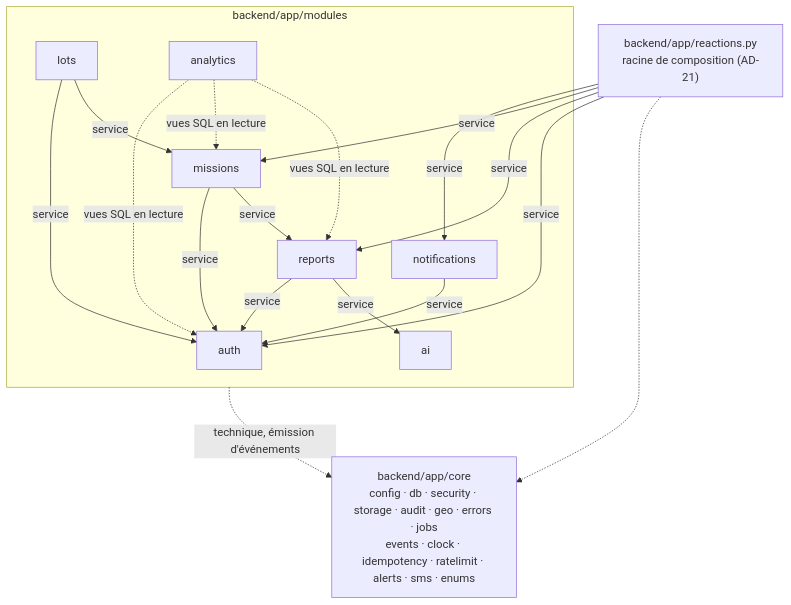
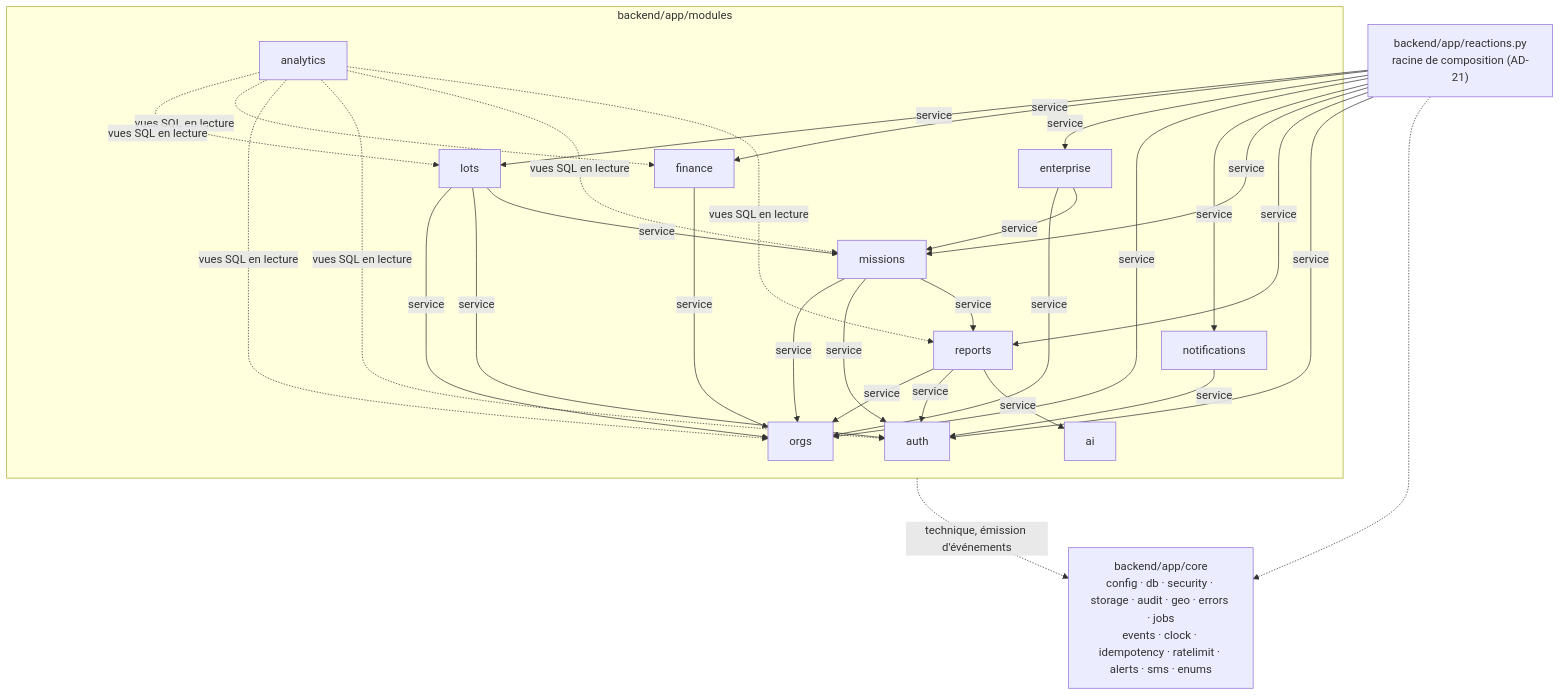
Before and after one commit to Maryam-SY/terangacycle-ai: the first of 5 diagrams in _bmad-output/planning-artifacts/architecture/architecture-TerangaCycleAI-2026-11-23/ARCHITECTURE-SPINE.md, drawn with Mermaid. The commit also changed other lines of this file and 6 other files, not shown here.

````diff
--- a/_bmad-output/planning-artifacts/architecture/architecture-TerangaCycleAI-2026-11-23/ARCHITECTURE-SPINE.md
+++ b/_bmad-output/planning-artifacts/architecture/architecture-TerangaCycleAI-2026-11-23/ARCHITECTURE-SPINE.md
@@ -39,30 +43,46 @@
 ```mermaid
 flowchart TB
   subgraph modules["backend/app/modules"]
     auth
+    orgs
     reports
     missions
+    enterprise
+    finance
     lots
     analytics
     ai
     notifications
   end
   reactions["backend/app/reactions.py<br/>racine de composition (AD-21)"]
   core["backend/app/core<br/>config · db · security · storage · audit · geo · errors · jobs<br/>events · clock · idempotency · ratelimit · alerts · sms · enums"]
   missions -->|service| reports
   missions -->|service| auth
   reports -->|service| ai
   reports -->|service| auth
   lots -->|service| missions
   lots -->|service| auth
   notifications -->|service| auth
+  reports -->|service| orgs
+  missions -->|service| orgs
+  enterprise -->|service| missions
+  enterprise -->|service| orgs
+  finance -->|service| orgs
+  lots -->|service| orgs
   reactions -->|service| auth
   reactions -->|service| reports
   reactions -->|service| missions
   reactions -->|service| notifications
+  reactions -->|service| orgs
+  reactions -->|service| enterprise
+  reactions -->|service| finance
+  reactions -->|service| lots
   analytics -.->|vues SQL en lecture| reports
   analytics -.->|vues SQL en lecture| missions
   analytics -.->|vues SQL en lecture| auth
+  analytics -.->|vues SQL en lecture| orgs
+  analytics -.->|vues SQL en lecture| finance
+  analytics -.->|vues SQL en lecture| lots
   modules -.->|"technique, émission d'événements"| core
   reactions -.-> core
 ```
````
